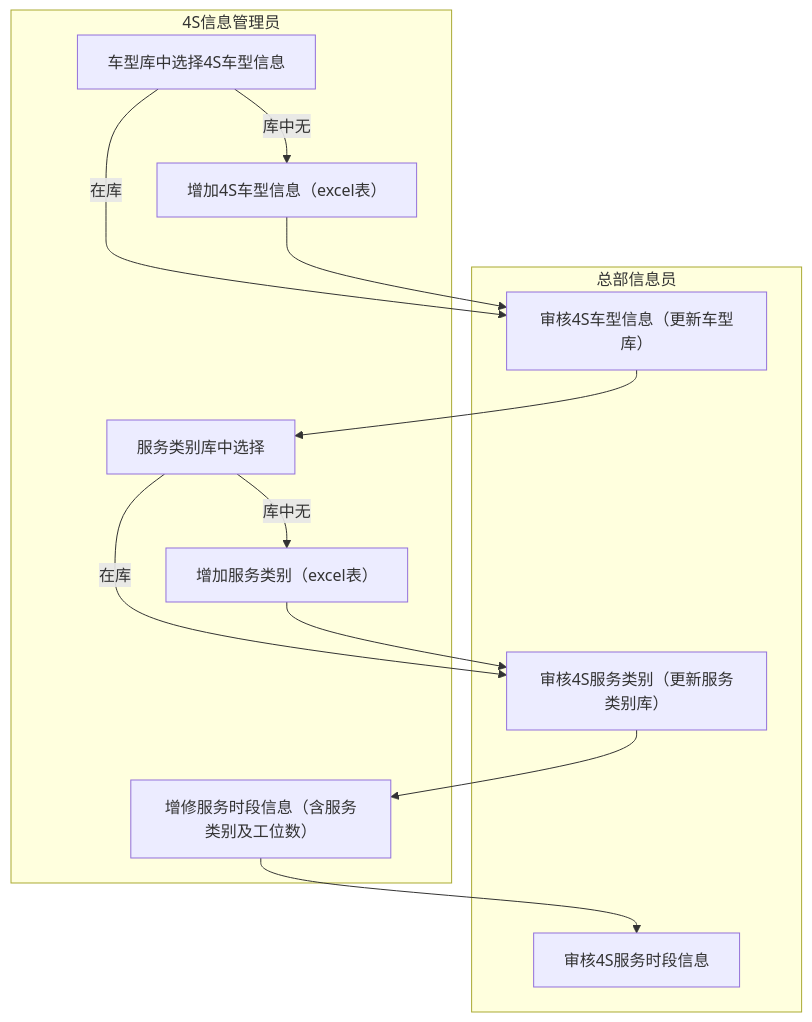
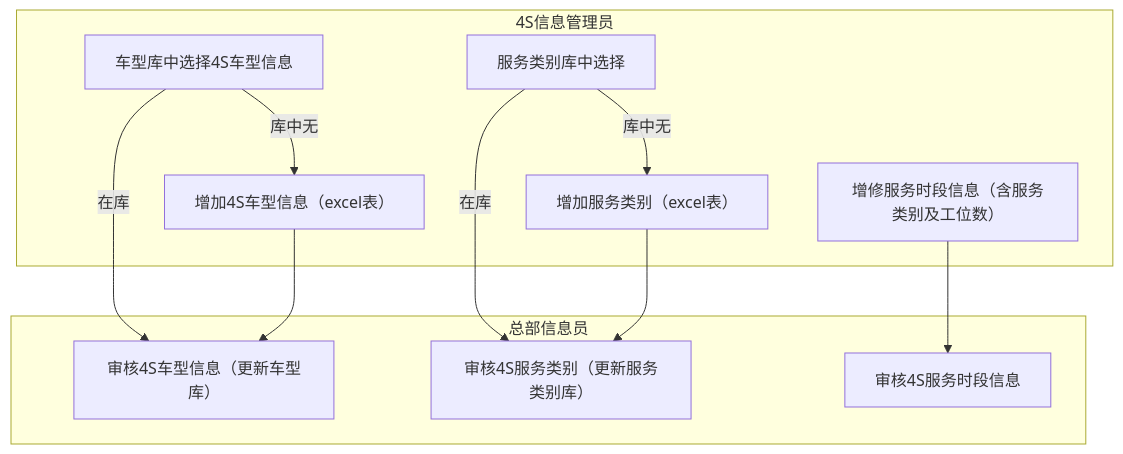
The first of 5 diagrams in docs/业务活动图-Mermaid.md (lalala-m/CarServer), drawn with Mermaid before and after one commit. The commit also changed other lines of this file and 62 other files, not shown here.

````diff
--- a/docs/业务活动图-Mermaid.md
+++ b/docs/业务活动图-Mermaid.md
@@ -9,26 +9,24 @@
 ```mermaid
 flowchart TB
   subgraph HQ["总部信息员"]
     A1["审核4S车型信息（更新车型库）"]
     A2["审核4S服务类别（更新服务类别库）"]
     A3["审核4S服务时段信息"]
   end
 
   subgraph S4["4S信息管理员"]
     B1["车型库中选择4S车型信息"]
     B2["增加4S车型信息（excel表）"]
     B3["服务类别库中选择"]
     B4["增加服务类别（excel表）"]
     B5["增修服务时段信息（含服务类别及工位数）"]
   end
 
   B1 -->|在库| A1
   B1 -->|库中无| B2
   B2 --> A1
-  A1 --> B3
   B3 -->|在库| A2
   B3 -->|库中无| B4
   B4 --> A2
-  A2 --> B5
   B5 --> A3
 ```
````
